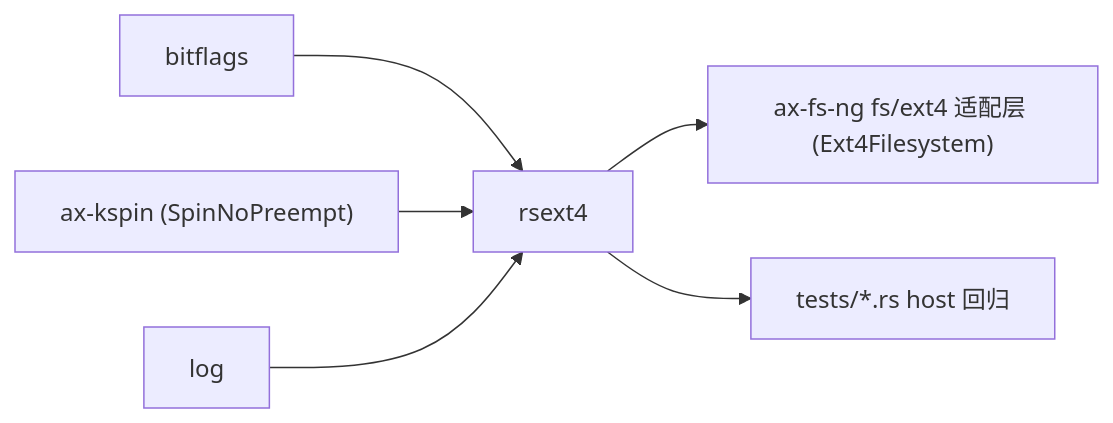
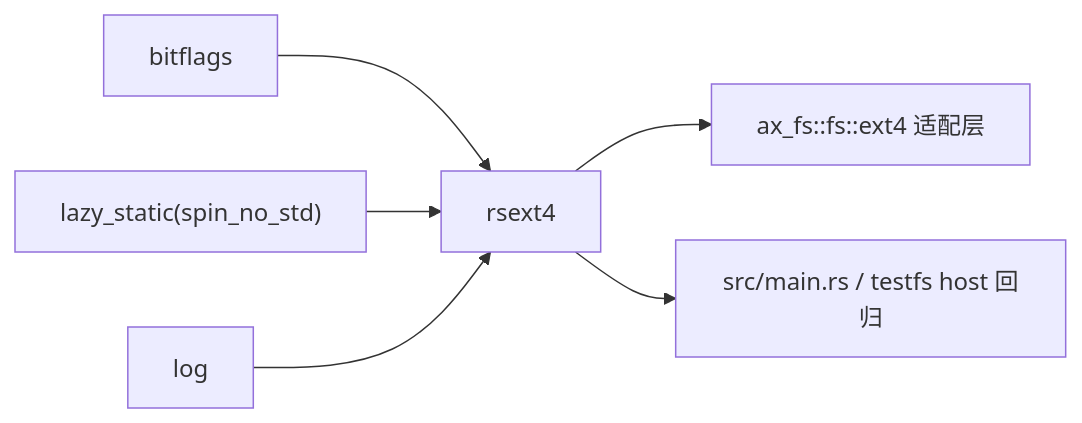
The second of 2 diagrams in docs/docs/components/crates/rsext4.md (rcore-os/tgoskits), drawn with Mermaid before and after one commit. The commit also changed other lines of this file and 14 other files, not shown here.

````diff
--- a/docs/docs/components/crates/rsext4.md
+++ b/docs/docs/components/crates/rsext4.md
@@ -111,9 +111,9 @@
 ```mermaid
 graph LR
     bitflags["bitflags"] --> current["rsext4"]
-    ax_kspin["ax-kspin (SpinNoPreempt)"] --> current
+    lazy_static["lazy_static(spin_no_std)"] --> current
     log["log"] --> current
 
-    current --> axfsng_ext4["ax-fs-ng fs/ext4 适配层 (Ext4Filesystem)"]
-    current --> host_tests["tests/*.rs host 回归"]
+    current --> axfs_ext4["ax_fs::fs::ext4 适配层"]
+    current --> host_demo["src/main.rs / testfs host 回归"]
 ```
````
